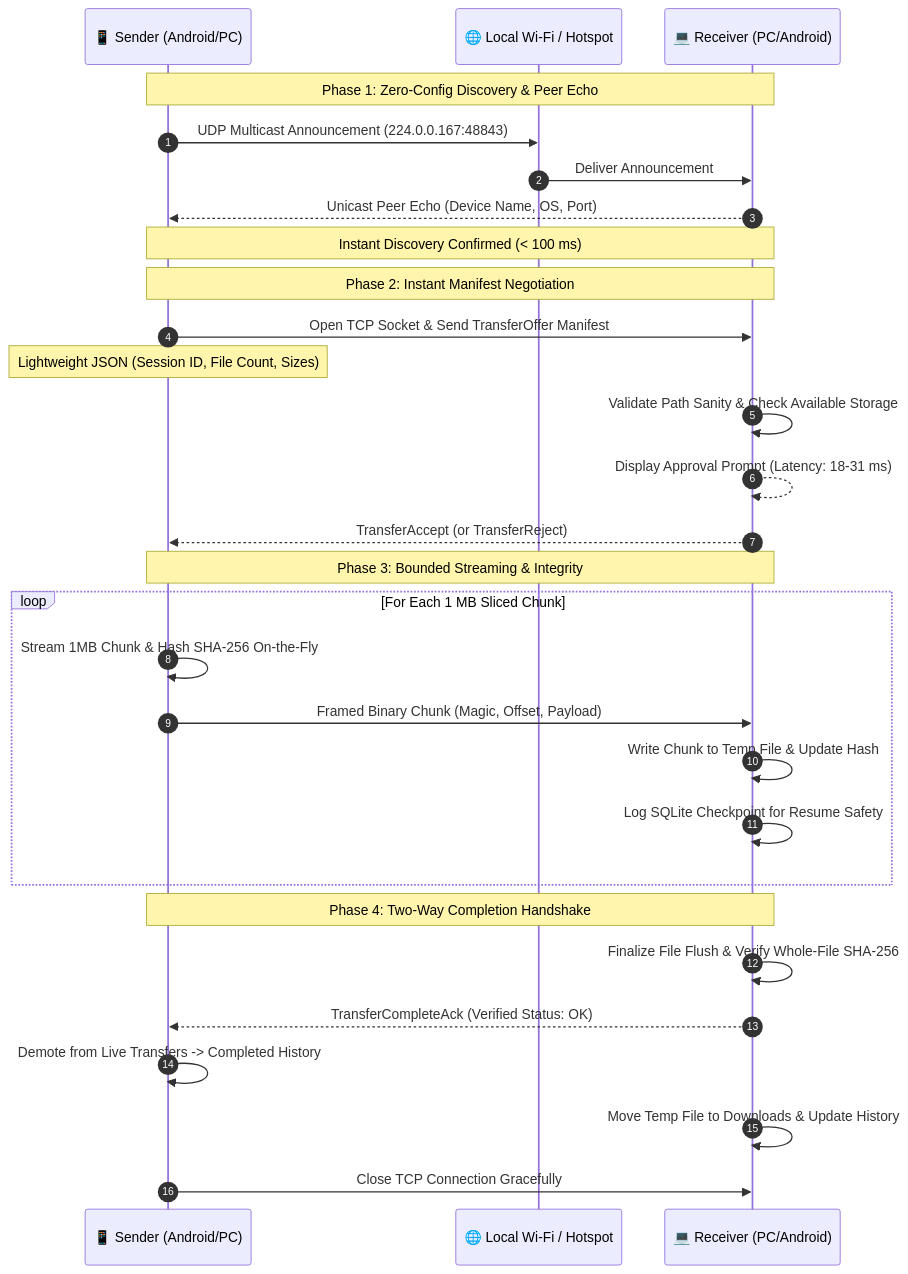
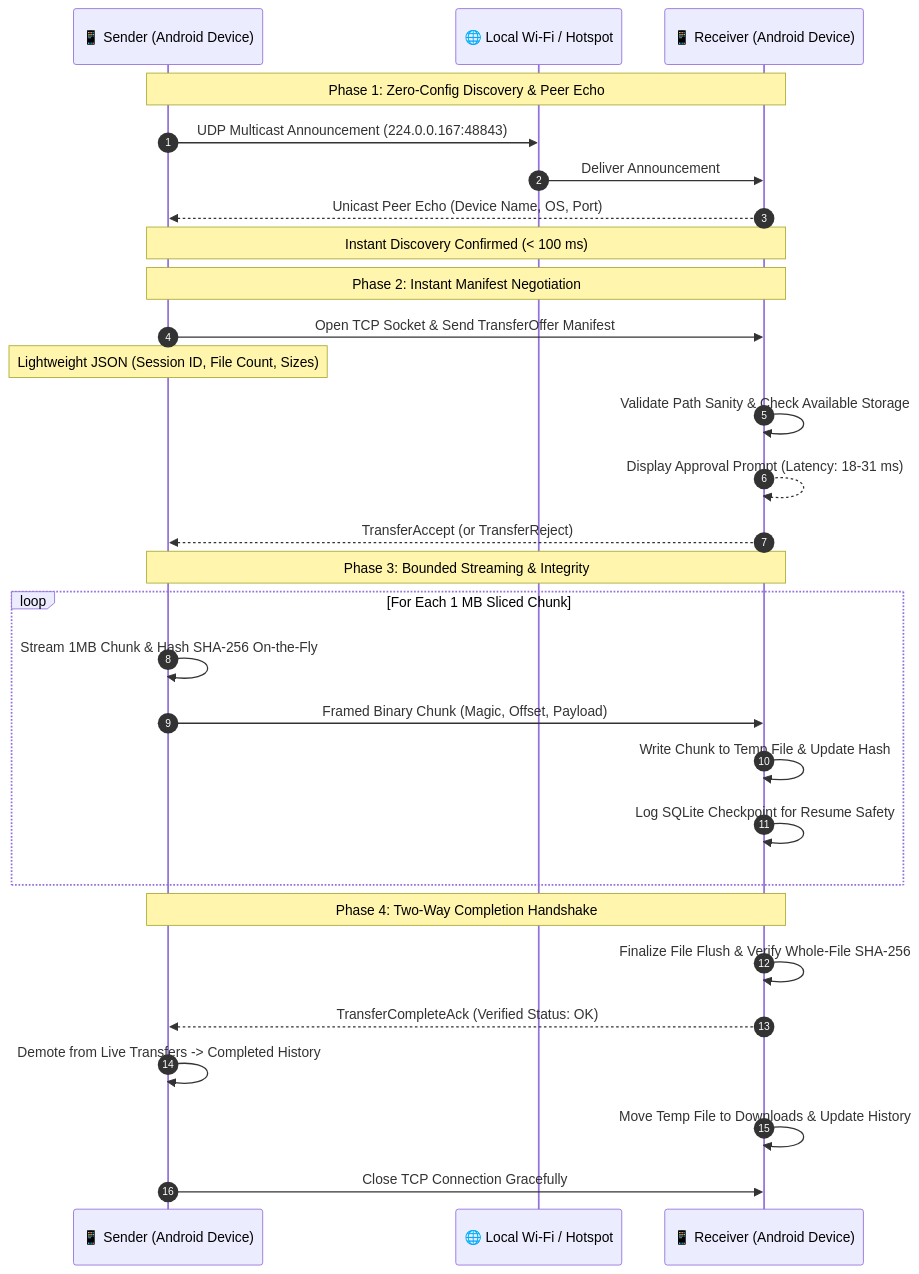
Before and after one commit to CodeByArnob/Nexora-share: the first of 2 diagrams in README.md, drawn with Mermaid. The commit also changed other lines of this file and 38 other files, not shown here.

````diff
--- a/README.md
+++ b/README.md
@@ -228,35 +226,35 @@
 ```mermaid
 sequenceDiagram
     autonumber
-    participant Sender as 📱 Sender (Android/PC)
+    participant Sender as 📱 Sender (Android Device)
     participant Network as 🌐 Local Wi-Fi / Hotspot
-    participant Receiver as 💻 Receiver (PC/Android)
+    participant Receiver as 📱 Receiver (Android Device)
 
     Note over Sender,Receiver: Phase 1: Zero-Config Discovery & Peer Echo
     Sender->>Network: UDP Multicast Announcement (224.0.0.167:48843)
     Network->>Receiver: Deliver Announcement
     Receiver-->>Sender: Unicast Peer Echo (Device Name, OS, Port)
     Note over Sender,Receiver: Instant Discovery Confirmed (< 100 ms)
 
     Note over Sender,Receiver: Phase 2: Instant Manifest Negotiation
     Sender->>Receiver: Open TCP Socket & Send TransferOffer Manifest
     Note over Sender: Lightweight JSON (Session ID, File Count, Sizes)
     Receiver->>Receiver: Validate Path Sanity & Check Available Storage
     Receiver-->>Receiver: Display Approval Prompt (Latency: 18-31 ms)
     Receiver-->>Sender: TransferAccept (or TransferReject)
 
     Note over Sender,Receiver: Phase 3: Bounded Streaming & Integrity
     loop For Each 1 MB Sliced Chunk
         Sender->>Sender: Stream 1MB Chunk & Hash SHA-256 On-the-Fly
         Sender->>Receiver: Framed Binary Chunk (Magic, Offset, Payload)
         Receiver->>Receiver: Write Chunk to Temp File & Update Hash
         Receiver->>Receiver: Log SQLite Checkpoint for Resume Safety
     end
 
     Note over Sender,Receiver: Phase 4: Two-Way Completion Handshake
     Receiver->>Receiver: Finalize File Flush & Verify Whole-File SHA-256
     Receiver-->>Sender: TransferCompleteAck (Verified Status: OK)
     Sender->>Sender: Demote from Live Transfers -> Completed History
     Receiver->>Receiver: Move Temp File to Downloads & Update History
     Sender->>Receiver: Close TCP Connection Gracefully
 ```
````
